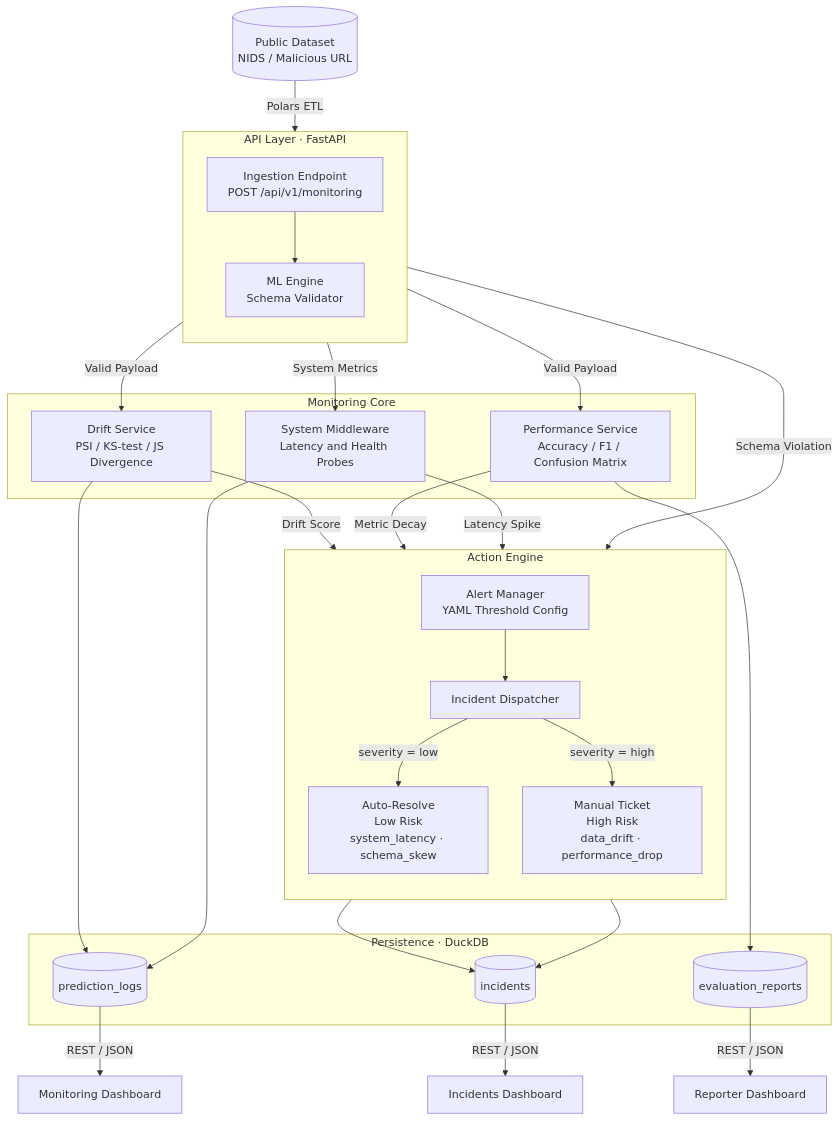
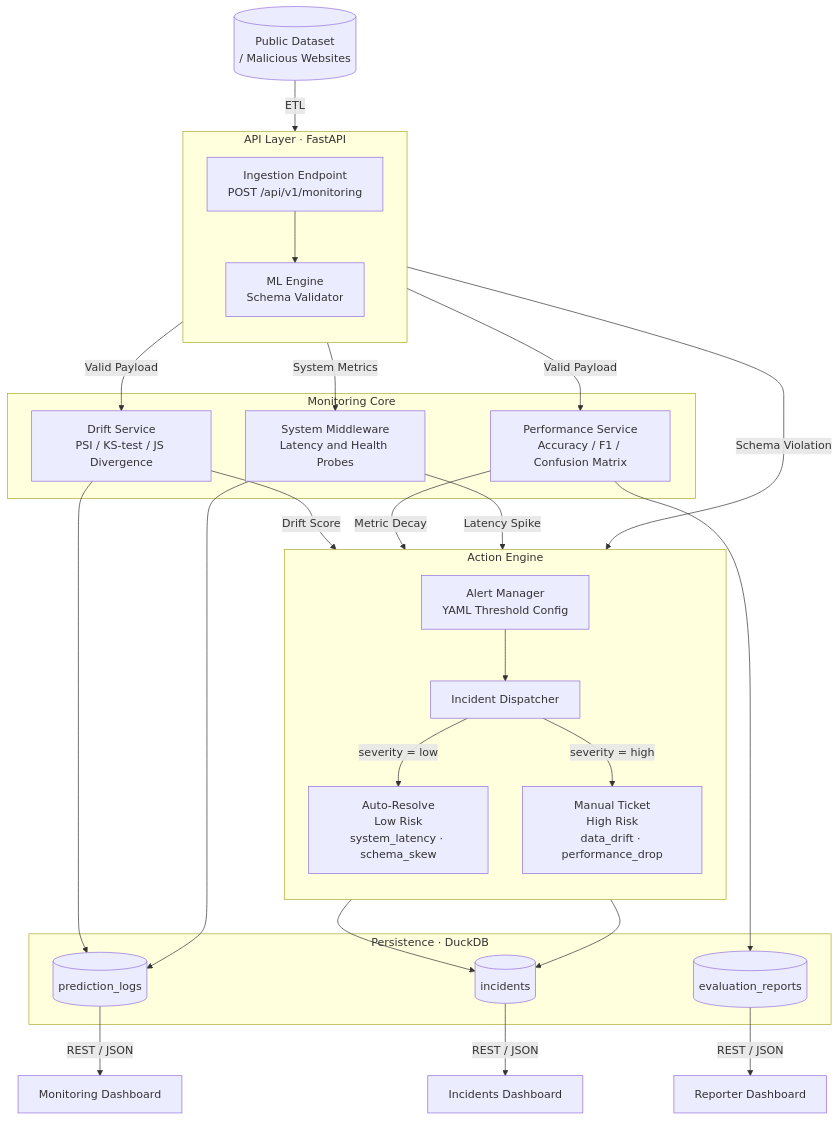
The diagram in README.md (baraalsedih/vigilant-mlops), drawn with Mermaid before and after one commit. The commit also changed other lines of this file, not shown here.

Commit message:
Modify general README.md file

````diff
--- a/README.md
+++ b/README.md
@@ -11,56 +11,56 @@
 ```mermaid
 flowchart TD
-    DS[("Public Dataset\nNIDS / Malicious URL")]
+    DS[("Public Dataset\n / Malicious Websites")]
 
     subgraph API["API Layer  ·  FastAPI"]
         direction TB
         INGEST["Ingestion Endpoint\nPOST /api/v1/monitoring"]
         GATE["ML Engine\nSchema Validator"]
         INGEST --> GATE
     end
 
     subgraph CORE["Monitoring Core"]
         DRIFT["Drift Service\nPSI / KS-test / JS Divergence"]
         PERF["Performance Service\nAccuracy / F1 / Confusion Matrix"]
         HEALTH["System Middleware\nLatency and Health Probes"]
     end
 
     subgraph ACTION["Action Engine"]
         direction TB
         ALERT["Alert Manager\nYAML Threshold Config"]
         DISPATCH["Incident Dispatcher"]
         LOW["Auto-Resolve\nLow Risk\nsystem_latency · schema_skew"]
         HIGH["Manual Ticket\nHigh Risk\ndata_drift · performance_drop"]
         ALERT --> DISPATCH
         DISPATCH -->|"severity = low"| LOW
         DISPATCH -->|"severity = high"| HIGH
     end
 
     subgraph PERSIST["Persistence  ·  DuckDB"]
         LOGS[("prediction_logs")]
         INC[("incidents")]
         EVALS[("evaluation_reports")]
     end
 
-    DS -->|"Polars ETL"| INGEST
+    DS -->|"ETL"| INGEST
 
     GATE -->|"Valid Payload"| DRIFT
     GATE -->|"Valid Payload"| PERF
     GATE -->|"System Metrics"| HEALTH
     GATE -->|"Schema Violation"| ALERT
 
     DRIFT -->|"Drift Score"| ALERT
     PERF -->|"Metric Decay"| ALERT
     HEALTH -->|"Latency Spike"| ALERT
 
     DRIFT --> LOGS
     PERF --> EVALS
     HEALTH --> LOGS
 
     LOW --> INC
     HIGH --> INC
 
     LOGS -->|"REST / JSON"| UI_MON["Monitoring Dashboard"]
     INC -->|"REST / JSON"| UI_INC["Incidents Dashboard"]
     EVALS -->|"REST / JSON"| UI_REP["Reporter Dashboard"]
 ```
````
